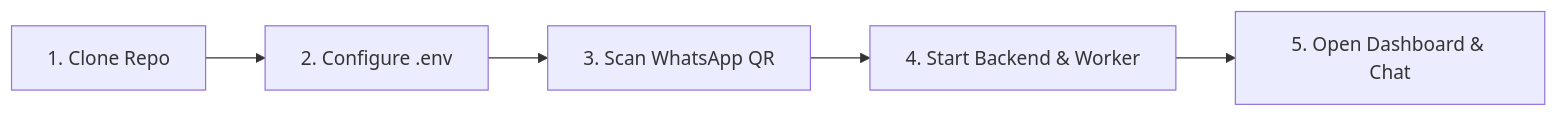
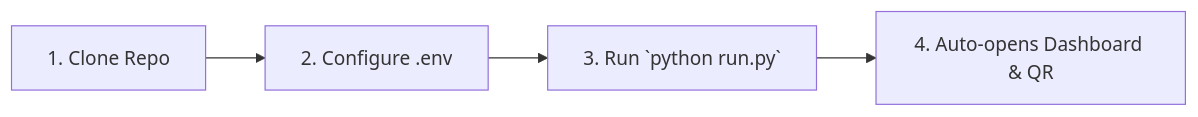
One commit to naborajs/wb-agent changed the diagram in README.md. Above: the diagram before and after it, drawn with Mermaid. The commit also changed other lines of this file, not shown here.

Commit message:
docs(readme): update visual branding, dual themes, mobile responsive architecture, and unified python run.py quickstart

````diff
--- a/README.md
+++ b/README.md
@@ -131,7 +144,6 @@
 ```mermaid
 flowchart LR
     A[1. Clone Repo] --> B[2. Configure .env]
-    B --> C[3. Scan WhatsApp QR]
-    C --> D[4. Start Backend & Worker]
-    D --> E[5. Open Dashboard & Chat]
+    B --> C[3. Run `python run.py`]
+    C --> D[4. Auto-opens Dashboard & QR]
 ```
````
